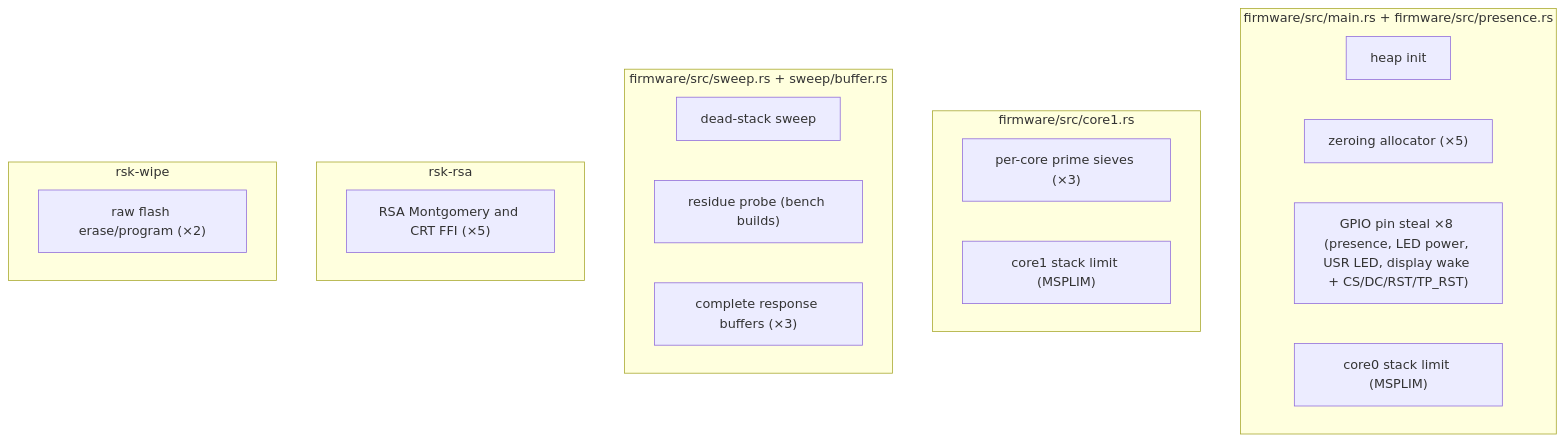
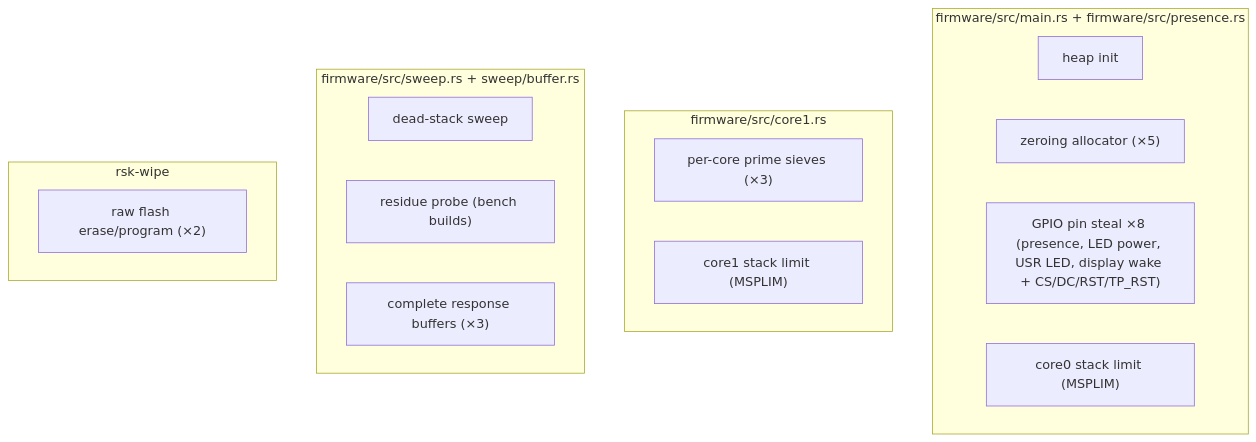
One commit to TheMaxMur/RS-Key changed the diagram in docs/unsafe.md. Above: the diagram before and after it, drawn with Mermaid. The commit also changed other lines of this file and 58 other files, not shown here.

Commit message:
perf(rsa): replace Thumb-2 Montgomery kernels with unrolled Rust

````diff
--- a/docs/unsafe.md
+++ b/docs/unsafe.md
@@ -20,24 +20,21 @@
 ```mermaid
 flowchart TB
     subgraph fw["firmware/src/main.rs + firmware/src/presence.rs"]
       c["heap init"]
       c2["zeroing allocator (×5)"]
       d["GPIO pin steal ×8 (presence, LED power, USR LED, display wake + CS/DC/RST/TP_RST)"]
       d2["core0 stack limit (MSPLIM)"]
     end
     subgraph kg["firmware/src/core1.rs"]
       e["per-core prime sieves (×3)"]
       e2["core1 stack limit (MSPLIM)"]
     end
     subgraph sw["firmware/src/sweep.rs + sweep/buffer.rs"]
       s1["dead-stack sweep"]
       s2["residue probe (bench builds)"]
       s3["complete response buffers (×3)"]
     end
-    subgraph asm["rsk-rsa"]
-      f["RSA Montgomery and CRT FFI (×5)"]
-    end
     subgraph wipe["rsk-wipe"]
       g["raw flash erase/program (×2)"]
     end
 ```
````
